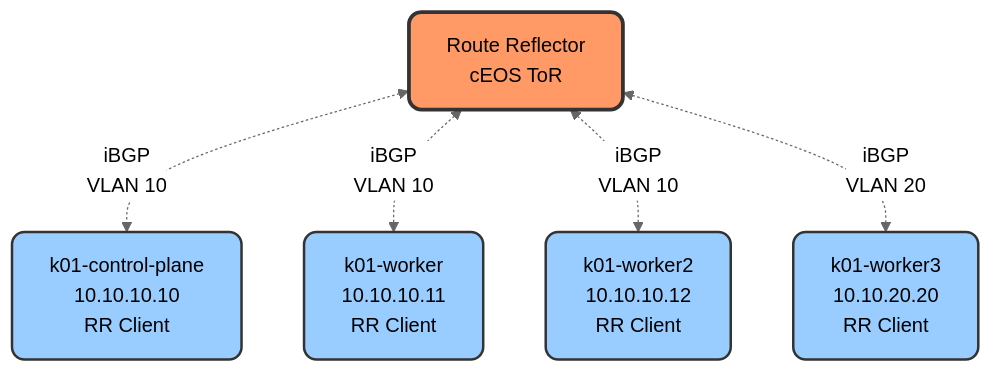
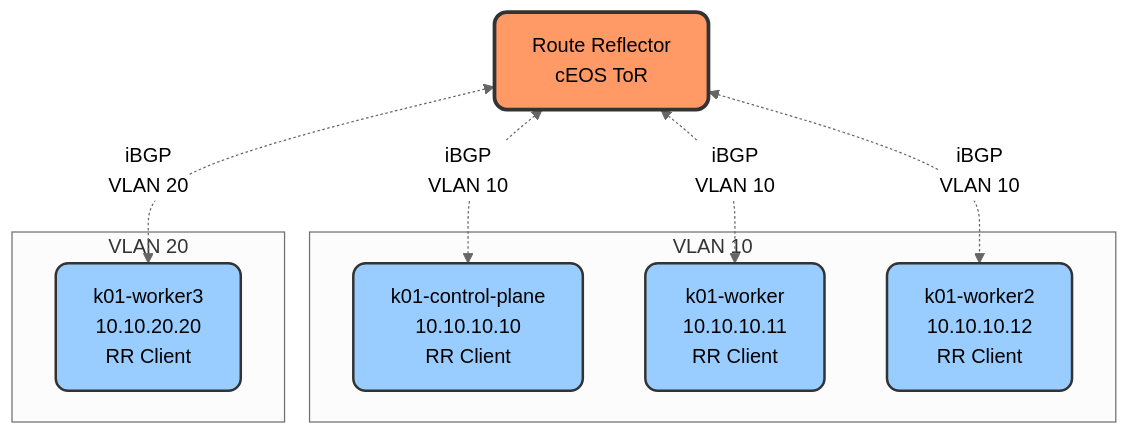
The first of 2 diagrams in containerlab/10-calico-bgp-ippool/README.md (aadhilam/k8-networking-calico-containerlab), drawn with Mermaid (neutral theme) before and after one commit. The commit also changed other lines of this file, not shown here.

````diff
--- a/containerlab/10-calico-bgp-ippool/README.md
+++ b/containerlab/10-calico-bgp-ippool/README.md
@@ -356,20 +359,25 @@
 ```mermaid
 graph TB
   RR[Route Reflector<br/>cEOS ToR]
   
-  CP[k01-control-plane<br/>10.10.10.10<br/>RR Client]
-  W1[k01-worker<br/>10.10.10.11<br/>RR Client]
-  W2[k01-worker2<br/>10.10.10.12<br/>RR Client]
-  W3[k01-worker3<br/>10.10.20.20<br/>RR Client]
+  subgraph VLAN10["VLAN 10"]
+    CP[k01-control-plane<br/>10.10.10.10<br/>RR Client]
+    W1[k01-worker<br/>10.10.10.11<br/>RR Client]
+    W2[k01-worker2<br/>10.10.10.12<br/>RR Client]
+  end
+  
+  subgraph VLAN20["VLAN 20"]
+    W3[k01-worker3<br/>10.10.20.20<br/>RR Client]
+  end
   
   RR <-.->|iBGP<br/>VLAN 10| CP
   RR <-.->|iBGP<br/>VLAN 10| W1
   RR <-.->|iBGP<br/>VLAN 10| W2
   RR <-.->|iBGP<br/>VLAN 20| W3
     
   style RR fill:#f96,stroke:#333,stroke-width:3px,rx:10,ry:10
   style CP fill:#9cf,stroke:#333,stroke-width:2px,rx:10,ry:10
   style W1 fill:#9cf,stroke:#333,stroke-width:2px,rx:10,ry:10
   style W2 fill:#9cf,stroke:#333,stroke-width:2px,rx:10,ry:10
   style W3 fill:#9cf,stroke:#333,stroke-width:2px,rx:10,ry:10
 ```
````
